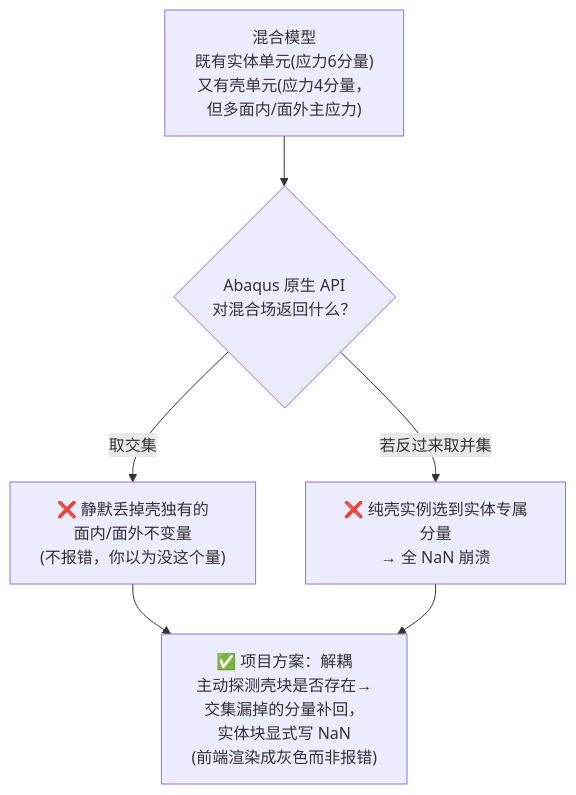
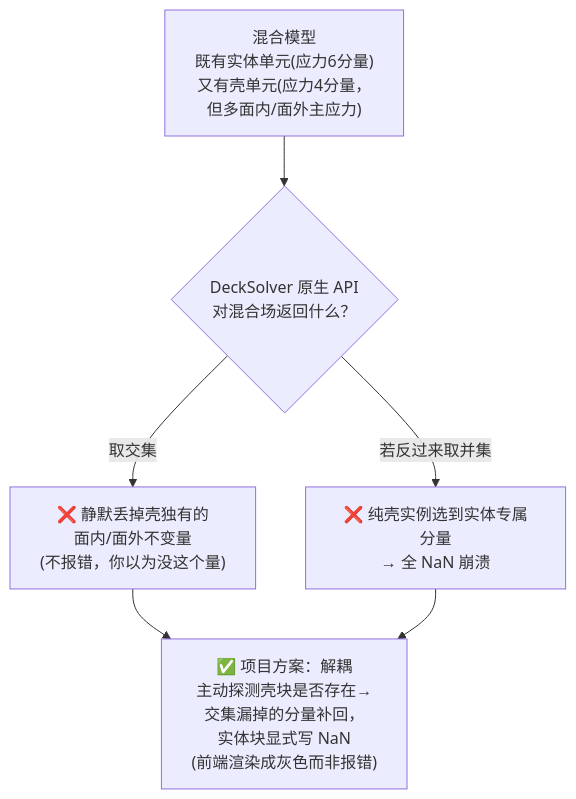
The tenth of 16 diagrams in docs/交付/FEM平台技术交付-图文版.md (TianBM-codes/VirtualReal702), drawn with Mermaid before and after one commit. The commit also changed other lines of this file and 273 other files, not shown here.

````diff
--- a/docs/交付/FEM平台技术交付-图文版.md
+++ b/docs/交付/FEM平台技术交付-图文版.md
@@ -401,8 +399,8 @@
 ```mermaid
 flowchart TB
     A["混合模型<br/>既有实体单元(应力6分量)<br/>又有壳单元(应力4分量，<br/>但多面内/面外主应力)"]
-    A --> B{"Abaqus 原生 API<br/>对混合场返回什么？"}
+    A --> B{"DeckSolver 原生 API<br/>对混合场返回什么？"}
     B -->|"取交集"| C["❌ 静默丢掉壳独有的<br/>面内/面外不变量<br/>(不报错，你以为没这个量)"]
     B -->|"若反过来取并集"| D["❌ 纯壳实例选到实体专属分量<br/>→ 全 NaN 崩溃"]
     C & D --> E["✅ 项目方案：解耦<br/>主动探测壳块是否存在→<br/>交集漏掉的分量补回，<br/>实体块显式写 NaN<br/>(前端渲染成灰色而非报错)"]
 ```
````
